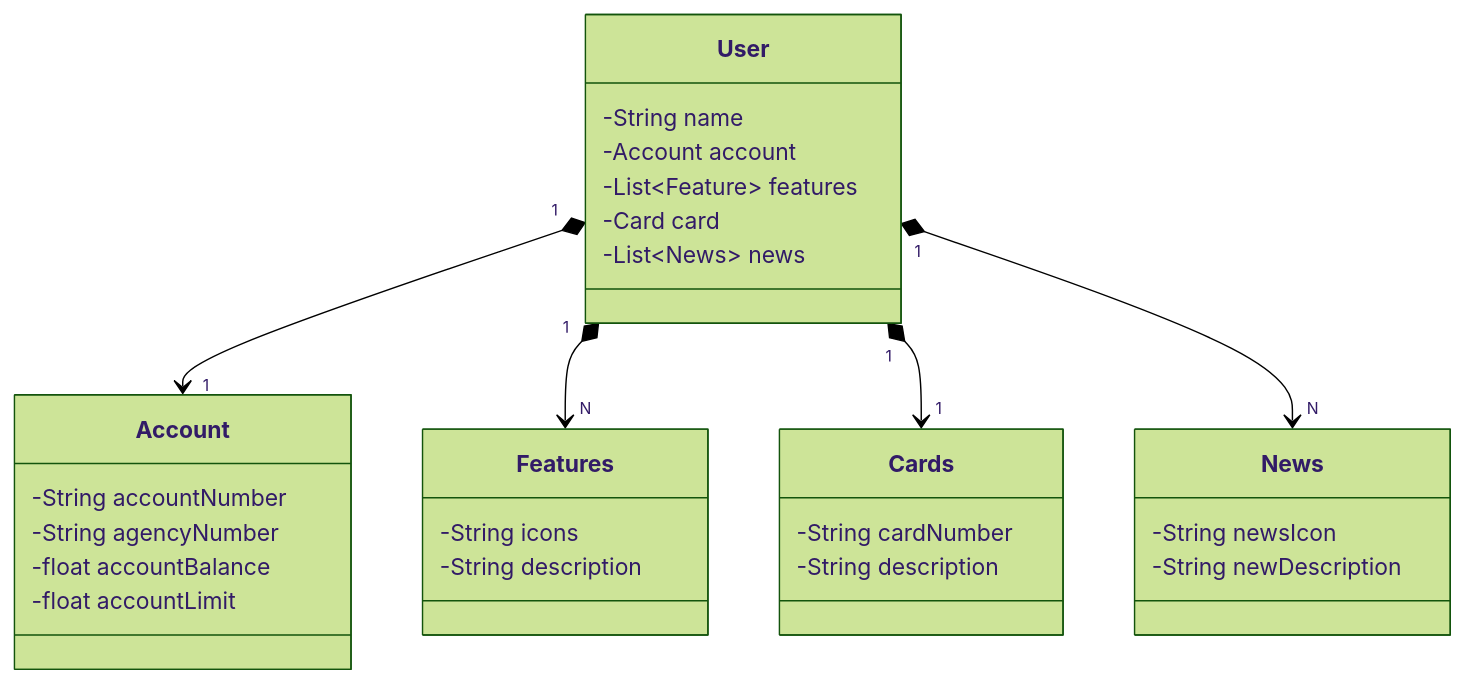
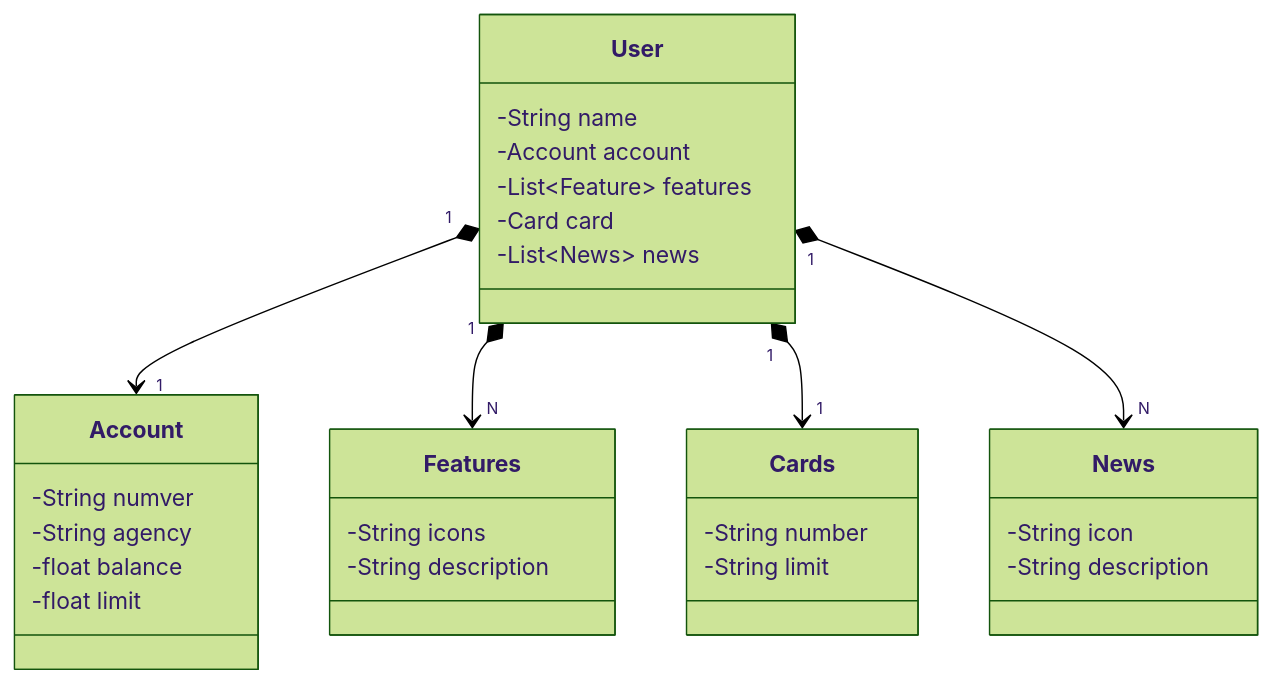
The diagram in README.md (douglashsoares/SpringBootApi-Java-Santander), drawn with Mermaid (forest theme) before and after one commit.

Commit message:
Update README.md
readme update diagram 3

````diff
--- a/README.md
+++ b/README.md
@@ -4,37 +4,37 @@
 ```mermaid
 classDiagram
     class User {
         -String name
         -Account account
         -List~Feature~ features
         -Card card
         -List~News~ news
     }
     
     class Account {
-        -String accountNumber
-        -String agencyNumber
-        -float accountBalance
-        -float accountLimit
+        -String numver
+        -String agency
+        -float balance
+        -float limit
     }
     
     class Features {
         -String icons
         -String description
     }
     
     class Cards {
-        -String cardNumber
-        -String description
+        -String number
+        -String limit
     }
     
     class News {
-        -String newsIcon
-        -String newDescription
+        -String icon
+        -String description
     }
     
     User "1" *--> "1" Account
     User "1" *--> "N" Features
     User "1" *--> "1" Cards
     User "1" *--> "N" News
 ```
````
